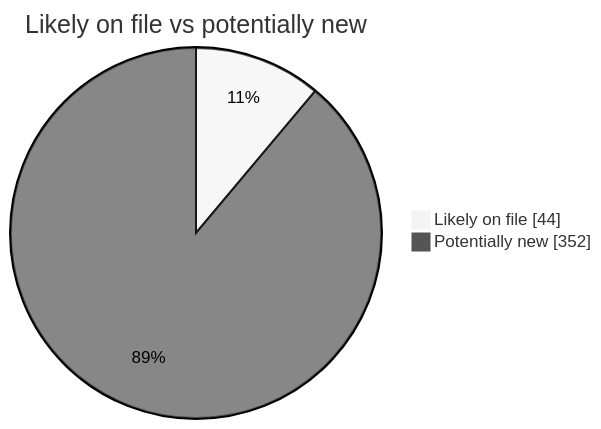
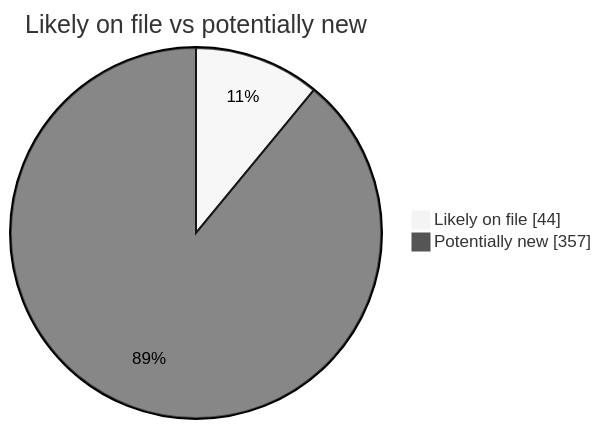
Before and after one commit to martinbalfanz/social-scanner-reports: the second of 4 diagrams in README.md, drawn with Mermaid (neutral theme). The commit also changed other lines of this file and 4 other files, not shown here.

````diff
--- a/README.md
+++ b/README.md
@@ -40,5 +40,5 @@
 ```mermaid
 pie showData title Likely on file vs potentially new
     "Likely on file" : 44
-    "Potentially new" : 352
+    "Potentially new" : 357
 ```
````
